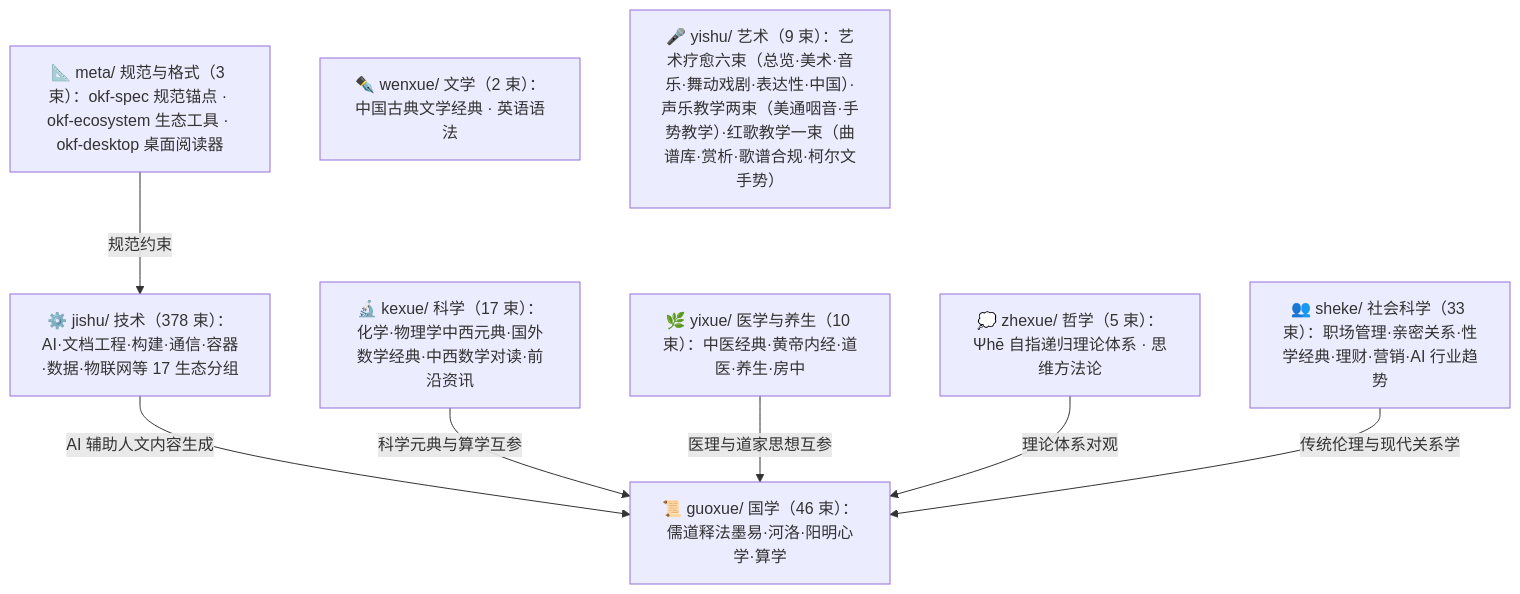
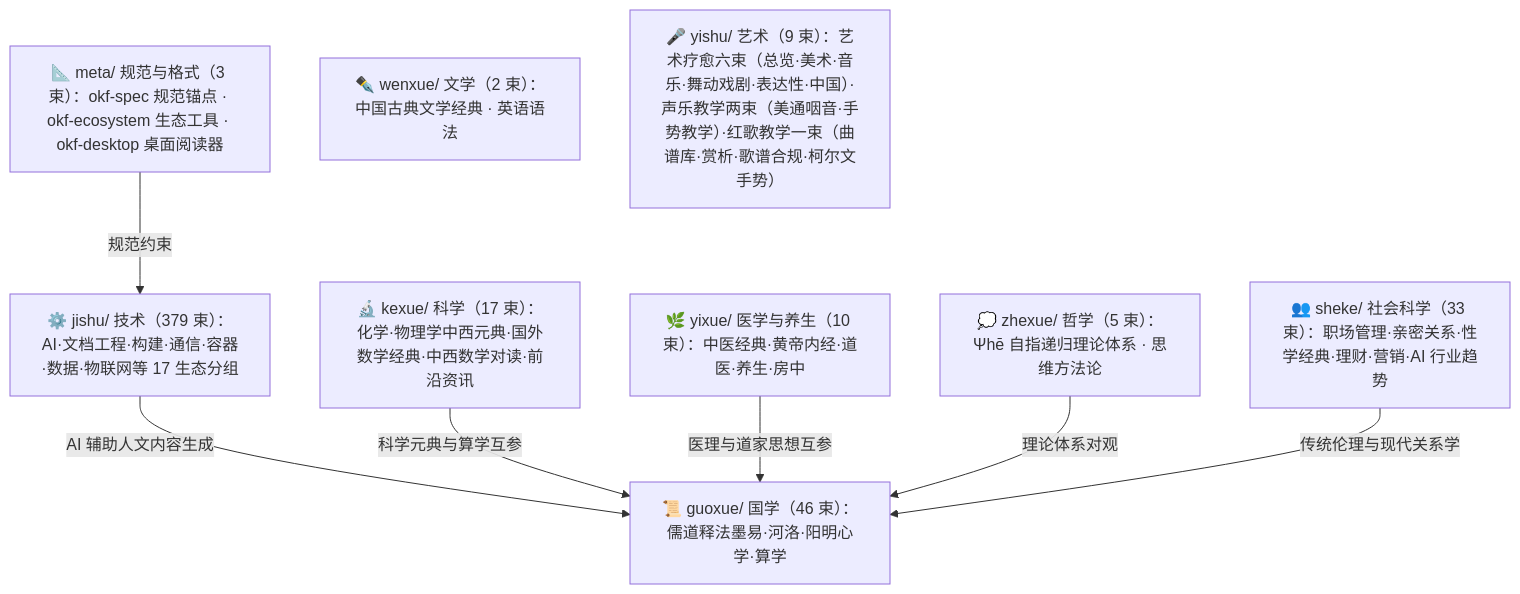
One commit to awesome-flexloop/awesome-okf changed the diagram in doc/bundles/index.md. Above: the diagram before and after it, drawn with Mermaid. The commit also changed other lines of this file and 16 other files, not shown here.

````diff
--- a/doc/bundles/index.md
+++ b/doc/bundles/index.md
@@ -21,18 +21,18 @@
 ```mermaid
 flowchart TD
     meta["📐 meta/ 规范与格式（3 束）：okf-spec 规范锚点 · okf-ecosystem 生态工具 · okf-desktop 桌面阅读器"]
     guoxue["📜 guoxue/ 国学（46 束）：儒道释法墨易·河洛·阳明心学·算学"]
     zhexue["💭 zhexue/ 哲学（5 束）：Ψhē 自指递归理论体系 · 思维方法论"]
     kexue["🔬 kexue/ 科学（17 束）：化学·物理学中西元典·国外数学经典·中西数学对读·前沿资讯"]
     wenxue["✒️ wenxue/ 文学（2 束）：中国古典文学经典 · 英语语法"]
     yixue["🌿 yixue/ 医学与养生（10 束）：中医经典·黄帝内经·道医·养生·房中"]
     sheke["👥 sheke/ 社会科学（33 束）：职场管理·亲密关系·性学经典·理财·营销·AI 行业趋势"]
     yishu["🎤 yishu/ 艺术（9 束）：艺术疗愈六束（总览·美术·音乐·舞动戏剧·表达性·中国）·声乐教学两束（美通咽音·手势教学）·红歌教学一束（曲谱库·赏析·歌谱合规·柯尔文手势）"]
-    jishu["⚙️ jishu/ 技术（378 束）：AI·文档工程·构建·通信·容器·数据·物联网等 17 生态分组"]
+    jishu["⚙️ jishu/ 技术（379 束）：AI·文档工程·构建·通信·容器·数据·物联网等 17 生态分组"]
     meta -->|"规范约束"| jishu
     jishu -->|"AI 辅助人文内容生成"| guoxue
     kexue -->|"科学元典与算学互参"| guoxue
     yixue -->|"医理与道家思想互参"| guoxue
     zhexue -->|"理论体系对观"| guoxue
     sheke -->|"传统伦理与现代关系学"| guoxue
 ```
````
